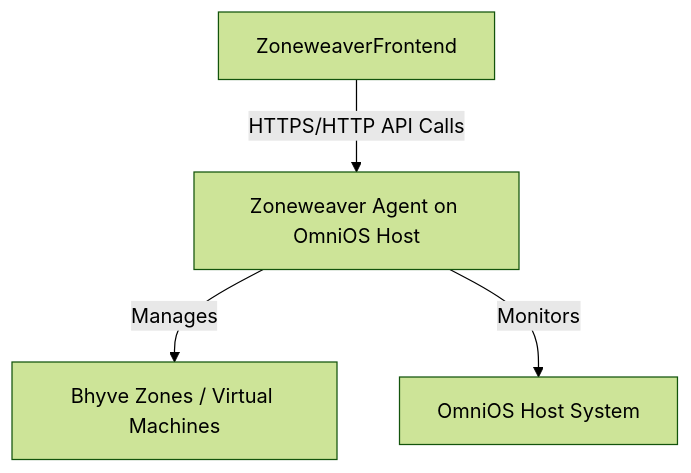
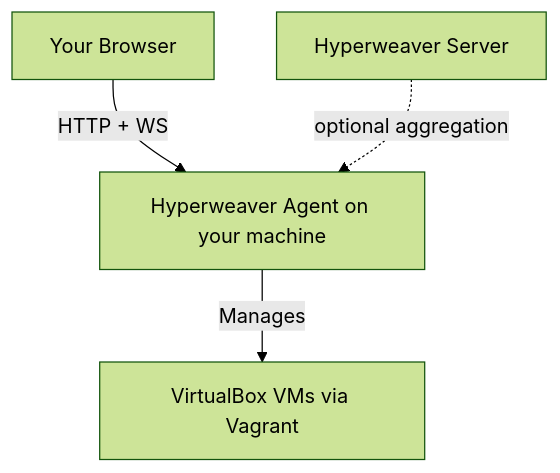
The diagram in README.md (Makr91/hyperweaver-agent), drawn with Mermaid (forest theme) before and after one commit. The commit also changed other lines of this file and 57 other files, not shown here.

Commit message:
fix: initial release of hyperweaver-agent

````diff
--- a/README.md
+++ b/README.md
@@ -25,6 +112,6 @@
 ```mermaid
 graph TD
-    A[ZoneweaverFrontend] -- HTTPS/HTTP API Calls --> B[Zoneweaver Agent on OmniOS Host];
-    B -- Manages --> C[Bhyve Zones / Virtual Machines];
-    B -- Monitors --> D[OmniOS Host System];
+    A[Your Browser] -- HTTP + WS --> B[Hyperweaver Agent on your machine];
+    B -- Manages --> C[VirtualBox VMs via Vagrant];
+    D[Hyperweaver Server] -. optional aggregation .-> B;
 ```
````
